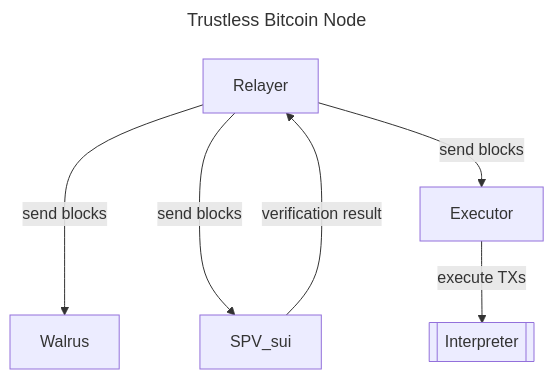
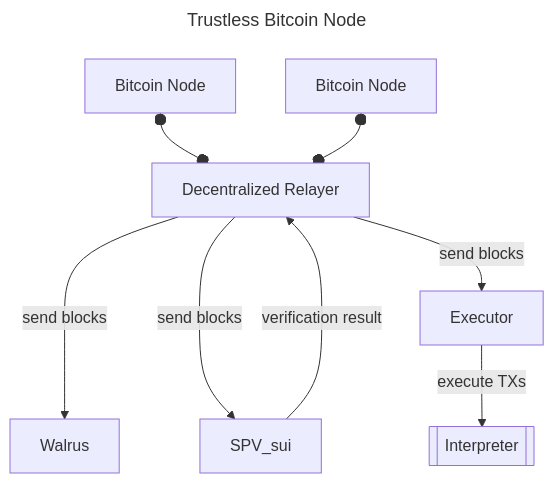
The second of 3 diagrams in bitcoin_executor/README.md (gonative-cc/sui-native), drawn with Mermaid before and after one commit.

Commit message:
Update bitcoin executor diagram

````diff
--- a/bitcoin_executor/README.md
+++ b/bitcoin_executor/README.md
@@ -54,12 +54,14 @@
 ```mermaid
 ---
 title: Trustless Bitcoin Node
 ---
 flowchart
+    Bitcoin1[Bitcoin Node] o--o Relayer[Decentralized Relayer]
+    Bitcoin2[Bitcoin Node] o--o Relayer[Decentralized Relayer]
     Relayer -- send blocks ---> Walrus
     Relayer -- send blocks ---> SPV_sui
     SPV_sui -- verification result --> Relayer
     Relayer -- send blocks --> Executor
 
     Executor -- execute TXs --> Interpreter[[Interpreter]]
 ```
````
